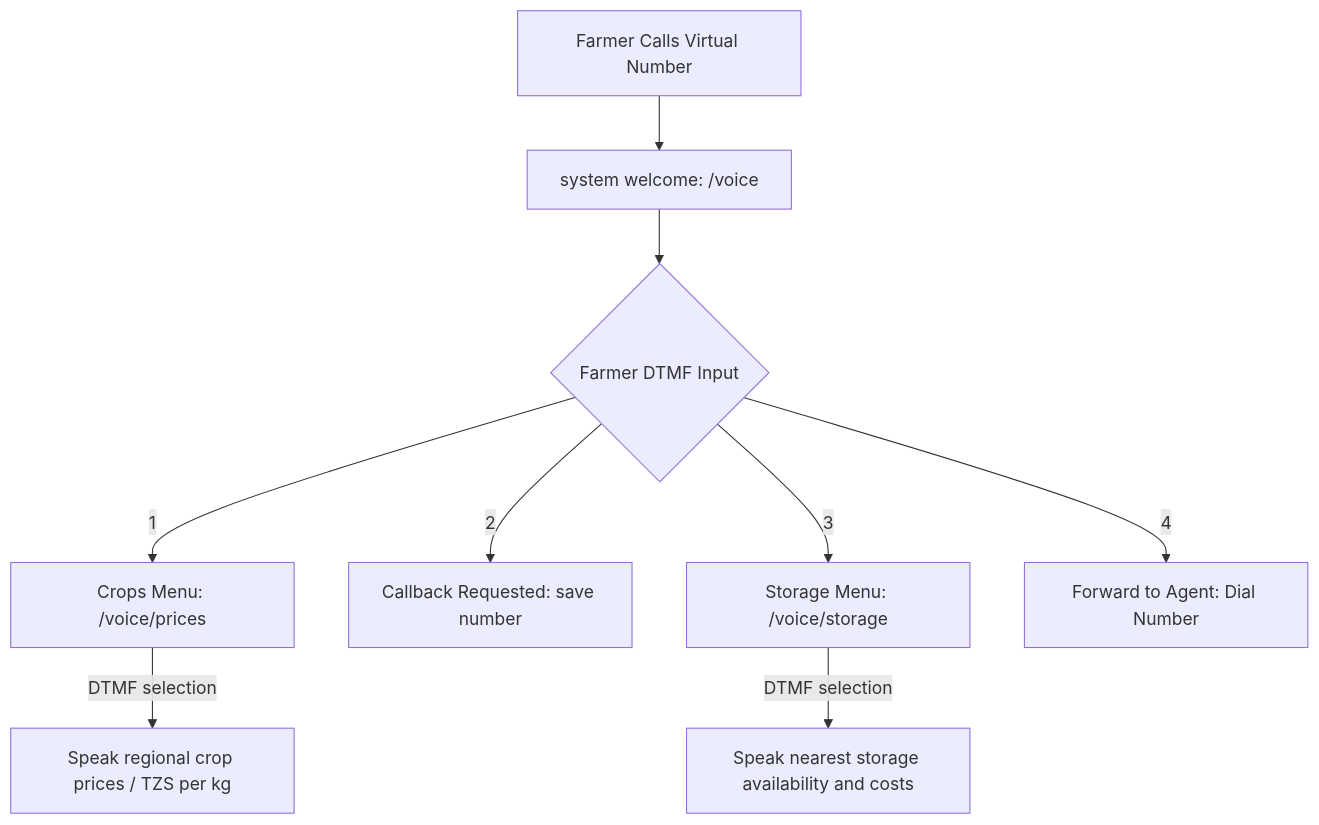
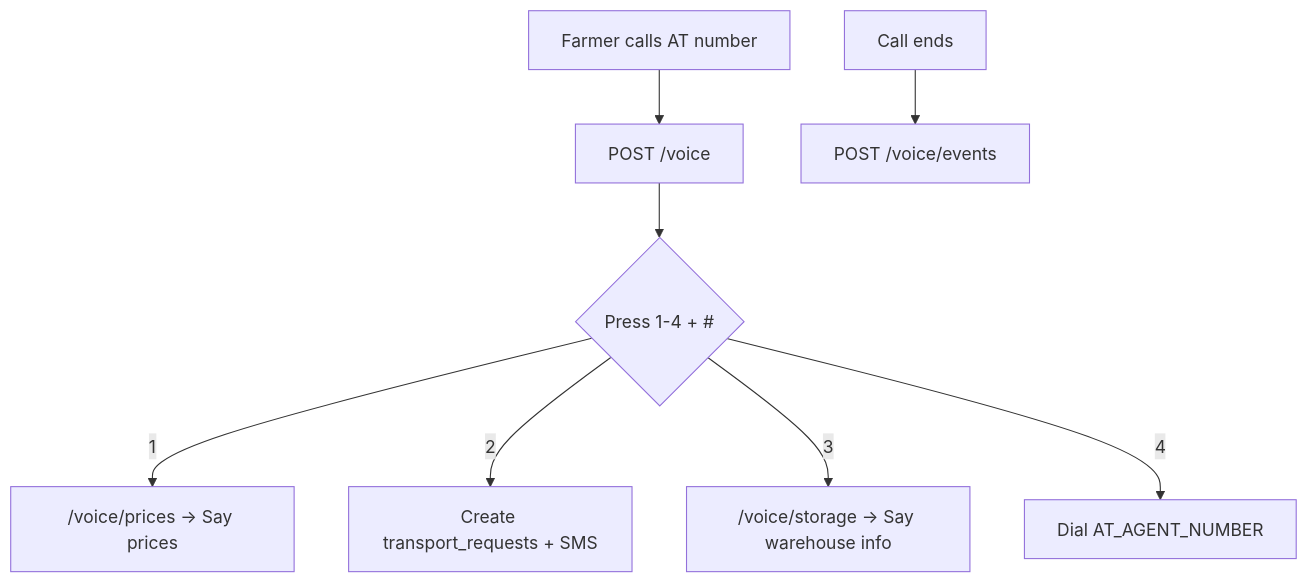
Before and after one commit to Shemsanofly/AgriMove: the diagram in SETUP_WEBHOOKS.md, drawn with Mermaid. The commit also changed other lines of this file and 4 other files, not shown here.

First line of the commit message:
Add Africa's Talking Voice integration and database schema updates

````diff
--- a/SETUP_WEBHOOKS.md
+++ b/SETUP_WEBHOOKS.md
@@ -43,12 +227,10 @@
 ```mermaid
 graph TD
-    A[Farmer Calls Virtual Number] --> B[system welcome: /voice]
-    B --> C{Farmer DTMF Input}
-    C -->|1| D[Crops Menu: /voice/prices]
-    C -->|2| E[Callback Requested: save number]
-    C -->|3| F[Storage Menu: /voice/storage]
-    C -->|4| G[Forward to Agent: Dial Number]
-    
-    D -->|DTMF selection| H[Speak regional crop prices / TZS per kg]
-    F -->|DTMF selection| I[Speak nearest storage availability and costs]
+    A[Farmer calls AT number] --> B["POST /voice"]
+    B --> C{Press 1-4 + #}
+    C -->|1| D["/voice/prices → Say prices"]
+    C -->|2| E["Create transport_requests + SMS"]
+    C -->|3| F["/voice/storage → Say warehouse info"]
+    C -->|4| G["Dial AT_AGENT_NUMBER"]
+    H[Call ends] --> I["POST /voice/events"]
 ```
````
